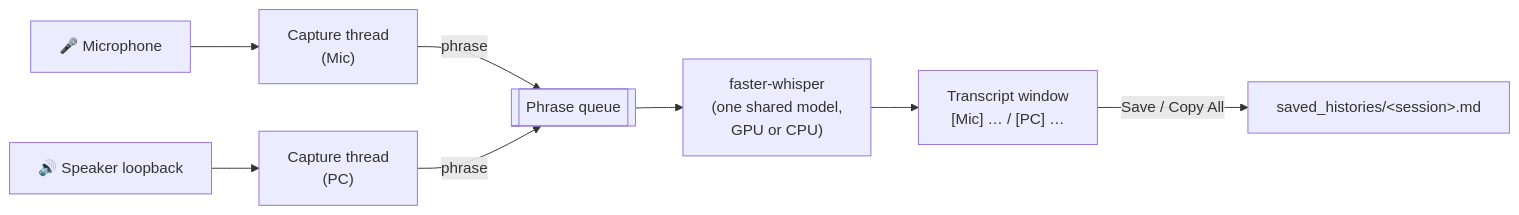
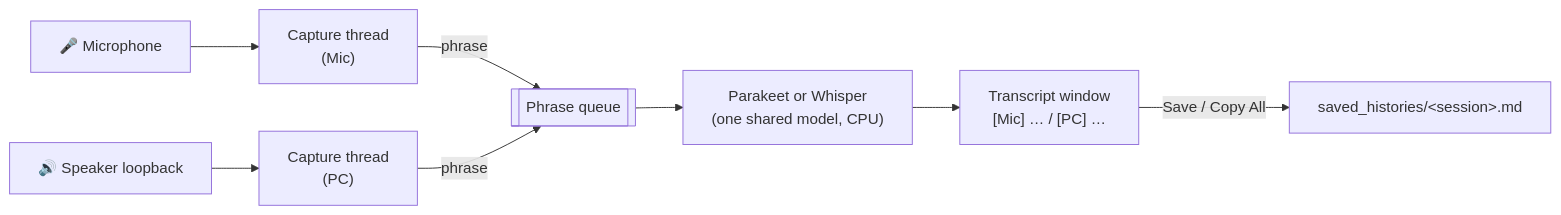
One commit to anoted/audio_transcript changed the first of 2 diagrams in README.md. Above: the diagram before and after it, drawn with Mermaid. The commit also changed other lines of this file and 9 other files, not shown here.

````diff
--- a/README.md
+++ b/README.md
@@ -21,10 +34,10 @@
 ```mermaid
 flowchart LR
     mic["🎤 Microphone"] --> capMic["Capture thread<br/>(Mic)"]
     spk["🔊 Speaker loopback"] --> capPc["Capture thread<br/>(PC)"]
     capMic -- "phrase" --> q[["Phrase queue"]]
     capPc -- "phrase" --> q
-    q --> whisper["faster-whisper<br/>(one shared model,<br/>GPU or CPU)"]
-    whisper --> ui["Transcript window<br/>[Mic] … / [PC] …"]
+    q --> asr["Parakeet or Whisper<br/>(one shared model, CPU)"]
+    asr --> ui["Transcript window<br/>[Mic] … / [PC] …"]
     ui -- "Save / Copy All" --> md["saved_histories/#lt;session#gt;.md"]
 ```
````
